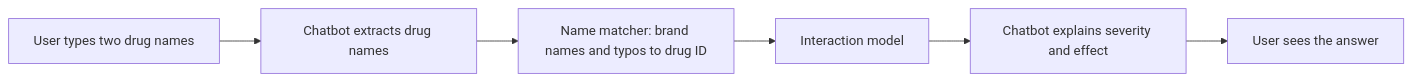
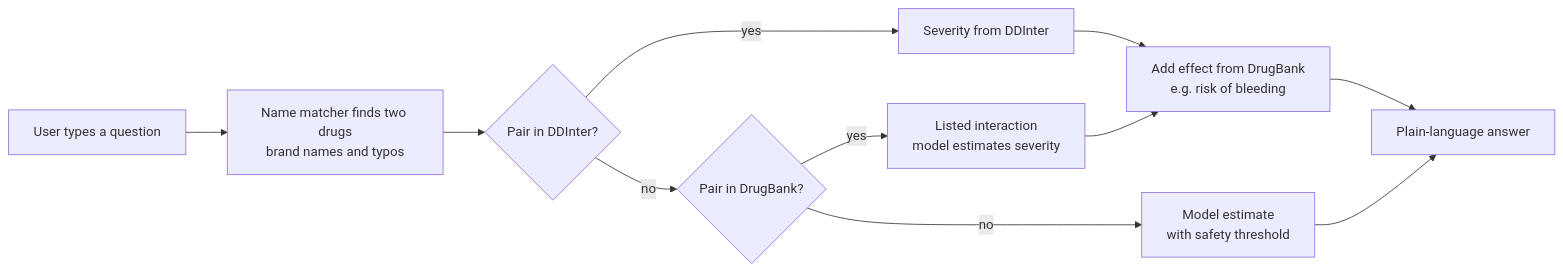
Before and after one commit to denizautn/MedCheck: the diagram in README.md, drawn with Mermaid. The commit also changed other lines of this file and 2 other files, not shown here.

````diff
--- a/README.md
+++ b/README.md
@@ -11,8 +18,13 @@
 ```mermaid
 flowchart LR
-    A[User types two drug names] --> B[Chatbot extracts drug names]
-    B --> C[Name matcher: brand names and typos to drug ID]
-    C --> D[Interaction model]
-    D --> E[Chatbot explains severity and effect]
-    E --> F[User sees the answer]
+    A[User types a question] --> B[Name matcher finds two drugs<br/>brand names and typos]
+    B --> C{Pair in DDInter?}
+    C -- yes --> D[Severity from DDInter]
+    C -- no --> E{Pair in DrugBank?}
+    E -- yes --> F[Listed interaction<br/>model estimates severity]
+    E -- no --> G[Model estimate<br/>with safety threshold]
+    D --> H[Add effect from DrugBank<br/>e.g. risk of bleeding]
+    F --> H
+    G --> I[Plain-language answer]
+    H --> I
 ```
````
